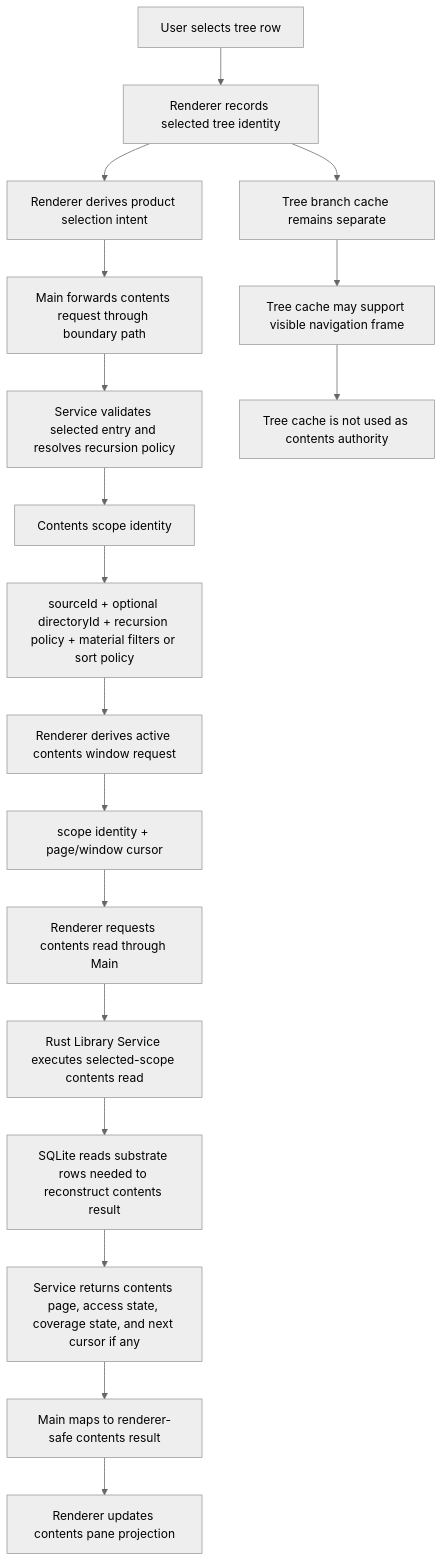
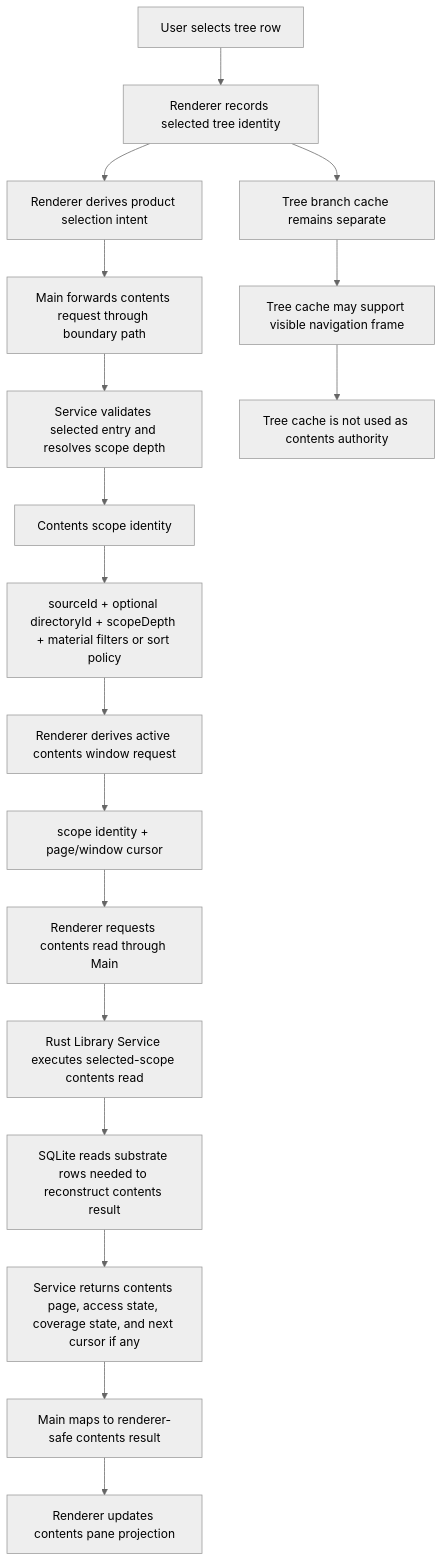
The sixth of 14 diagrams in docs/library/library-substrate-e2e-flow-diagrams.md (maikeleckelboom/dekzer-legacy), drawn with Mermaid (neutral theme) before and after one commit. The commit also changed other lines of this file and 33 other files, not shown here.

````diff
--- a/docs/library/library-substrate-e2e-flow-diagrams.md
+++ b/docs/library/library-substrate-e2e-flow-diagrams.md
@@ -412,20 +412,20 @@
 ```mermaid
 flowchart TD
   A["User selects tree row"] --> B["Renderer records selected tree identity"]
   B --> C["Renderer derives product selection intent"]
   C --> D["Main forwards contents request through boundary path"]
-  D --> E["Service validates selected entry and resolves recursion policy"]
+  D --> E["Service validates selected entry and resolves scope depth"]
   E --> F["Contents scope identity"]
-  F --> G["sourceId + optional directoryId + recursion policy + material filters or sort policy"]
+  F --> G["sourceId + optional directoryId + scopeDepth + material filters or sort policy"]
   G --> H["Renderer derives active contents window request"]
   H --> I["scope identity + page/window cursor"]
   I --> J["Renderer requests contents read through Main"]
   J --> K["Rust Library Service executes selected-scope contents read"]
   K --> L["SQLite reads substrate rows needed to reconstruct contents result"]
   L --> M["Service returns contents page, access state, coverage state, and next cursor if any"]
   M --> N["Main maps to renderer-safe contents result"]
   N --> O["Renderer updates contents pane projection"]
   B --> P["Tree branch cache remains separate"]
   P --> Q["Tree cache may support visible navigation frame"]
   Q --> R["Tree cache is not used as contents authority"]
 ```
````
